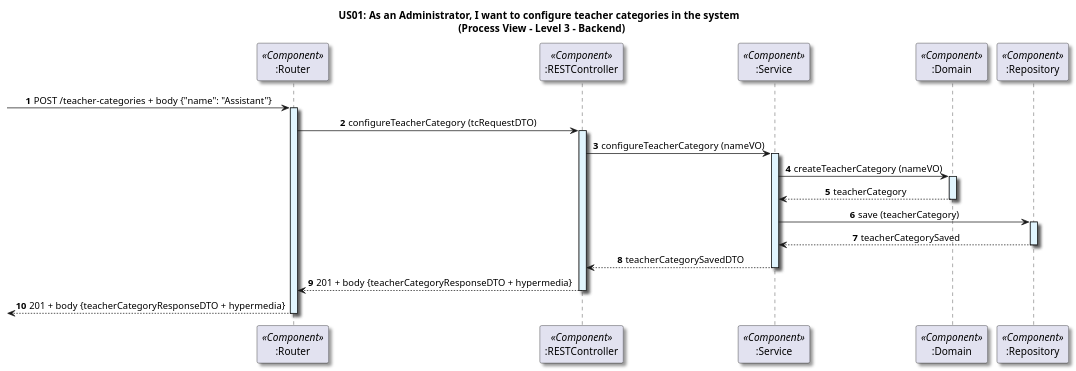
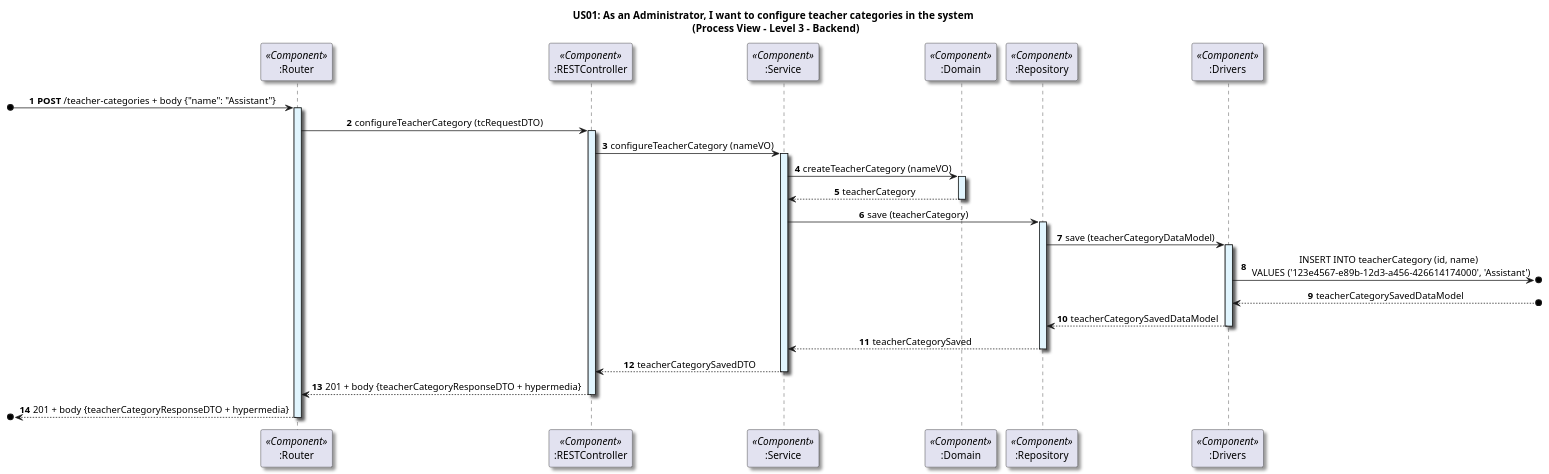
The diagram in docs/US01/Sprint6_RestAPI/ProcessView/Level3.puml (GasparISEP/DevOps-PAI), drawn with PlantUML before and after one commit. The commit also changed 3 other files, not shown here.

Commit message:
refactor (diagrams): refactor diagrams of configureTeacherCategory functionality with minor adjustments #675 #713

```diff
--- a/docs/US01/Sprint6_RestAPI/ProcessView/Level3.puml
+++ b/docs/US01/Sprint6_RestAPI/ProcessView/Level3.puml
@@ -1,46 +1,57 @@
 @startuml
 
 title US01: As an Administrator, I want to configure teacher categories in the system \n (Process View - Level 3 - Backend)
 
 skinparam defaultTextAlignment center
 skinparam shadowing true
 
 autonumber
 
 participant ":Router" as router <<Component>>
 participant ":RESTController" as controller <<Component>>
 participant ":Service" as service <<Component>>
 participant ":Domain" as domain <<Component>>
 participant ":Repository" as repository <<Component>>
+participant ":Drivers" as drivers <<Component>>
 
--> router: POST /teacher-categories + body {"name": "Assistant"}
+[o-> router: **POST** /teacher-categories + body {"name": "Assistant"}
 activate router #E1F5FE
 
 router -> controller: configureTeacherCategory (tcRequestDTO)
 activate controller #E1F5FE
 
 controller -> service: configureTeacherCategory (nameVO)
 activate service #E1F5FE
 
 service -> domain: createTeacherCategory (nameVO)
 activate domain #E1F5FE
 
 domain --> service: teacherCategory
 deactivate domain
 
 service -> repository: save (teacherCategory)
 activate repository #E1F5FE
 
+repository -> drivers: save (teacherCategoryDataModel)
+activate drivers #E1F5FE
+
+drivers ->o]: INSERT INTO teacherCategory (id, name) \n VALUES ('123e4567-e89b-12d3-a456-426614174000', 'Assistant')
+
+drivers <--o]: teacherCategorySavedDataModel
+
+drivers --> repository: teacherCategorySavedDataModel
+deactivate drivers
+
 repository --> service: teacherCategorySaved
 deactivate repository
 
 service --> controller: teacherCategorySavedDTO
 deactivate service
 
 controller --> router: 201 + body {teacherCategoryResponseDTO + hypermedia}
 deactivate controller
 
-<-- router: 201 + body {teacherCategoryResponseDTO + hypermedia}
+[o<-- router: 201 + body {teacherCategoryResponseDTO + hypermedia}
 deactivate router
 
 @enduml
```
